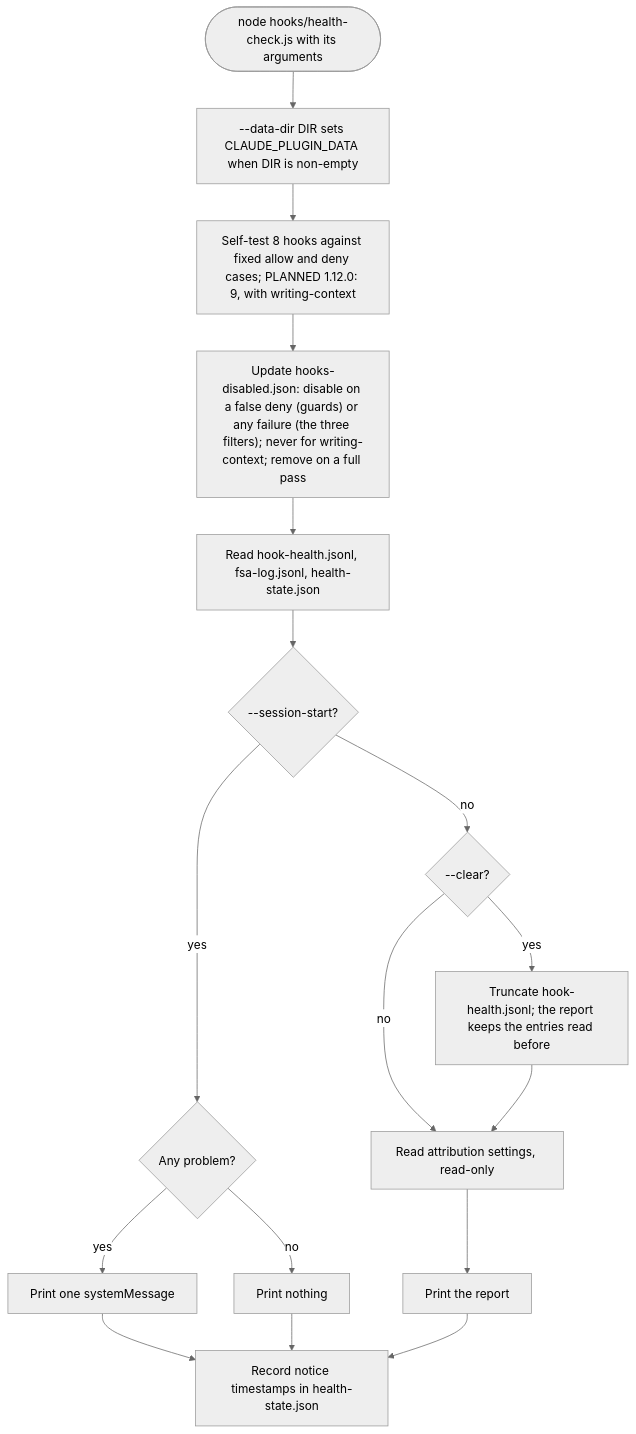
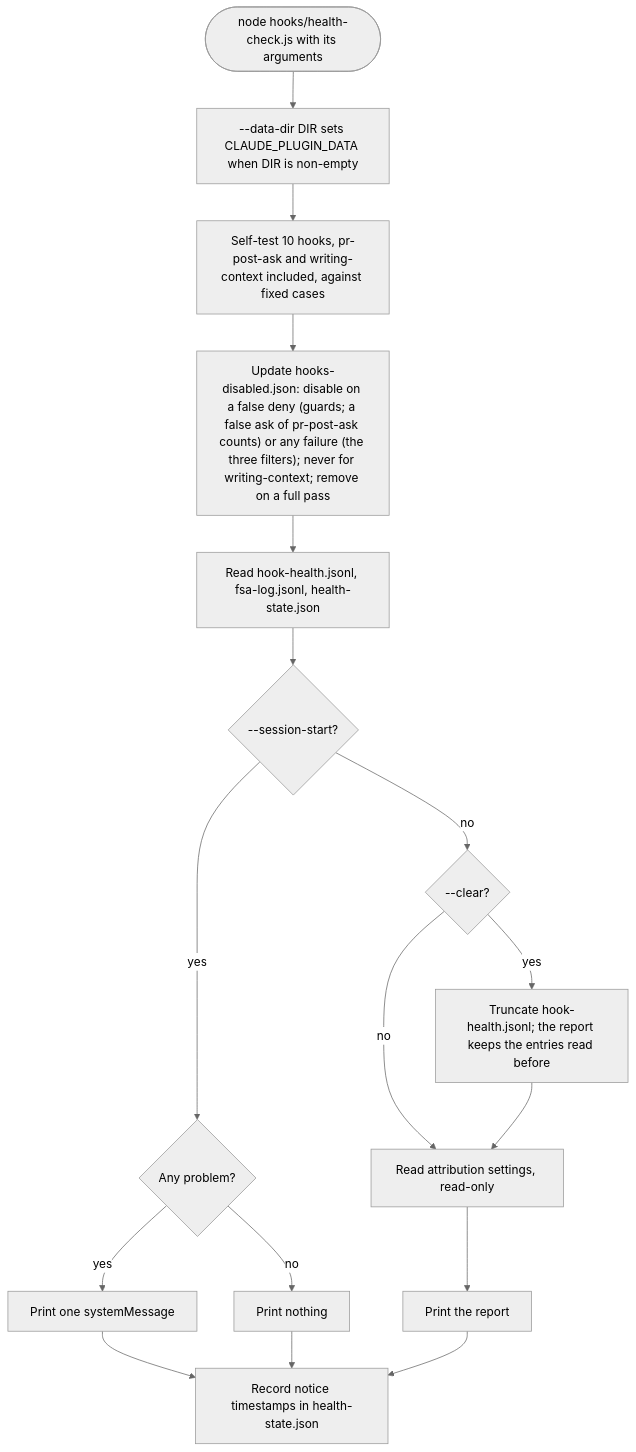
Before and after one commit to tjmonsi/assist-marketplace-plugin: the diagram in specs/spec-hooks-health-check-flow.mmd, drawn with Mermaid (neutral theme). The commit also changed 24 other files, not shown here.

```diff
--- a/specs/spec-hooks-health-check-flow.mmd
+++ b/specs/spec-hooks-health-check-flow.mmd
@@ -1,17 +1,17 @@
 flowchart TD
   S(["node hooks/health-check.js with its arguments"]) --> A["--data-dir DIR sets CLAUDE_PLUGIN_DATA when DIR is non-empty"]
-  A --> B["Self-test 8 hooks against fixed allow and deny cases; PLANNED 1.12.0: 9, with writing-context"]
-  B --> C["Update hooks-disabled.json: disable on a false deny (guards) or any failure (the three filters); never for writing-context; remove on a full pass"]
+  A --> B["Self-test 10 hooks, pr-post-ask and writing-context included, against fixed cases"]
+  B --> C["Update hooks-disabled.json: disable on a false deny (guards; a false ask of pr-post-ask counts) or any failure (the three filters); never for writing-context; remove on a full pass"]
   C --> D["Read hook-health.jsonl, fsa-log.jsonl, health-state.json"]
   D --> E{"--session-start?"}
   E -->|yes| F{"Any problem?"}
   F -->|yes| G["Print one systemMessage"]
   F -->|no| H["Print nothing"]
   E -->|no| I{"--clear?"}
   I -->|yes| J["Truncate hook-health.jsonl; the report keeps the entries read before"]
   I -->|no| K["Read attribution settings, read-only"]
   J --> K
   K --> L["Print the report"]
   G --> M["Record notice timestamps in health-state.json"]
   H --> M
   L --> M
```
